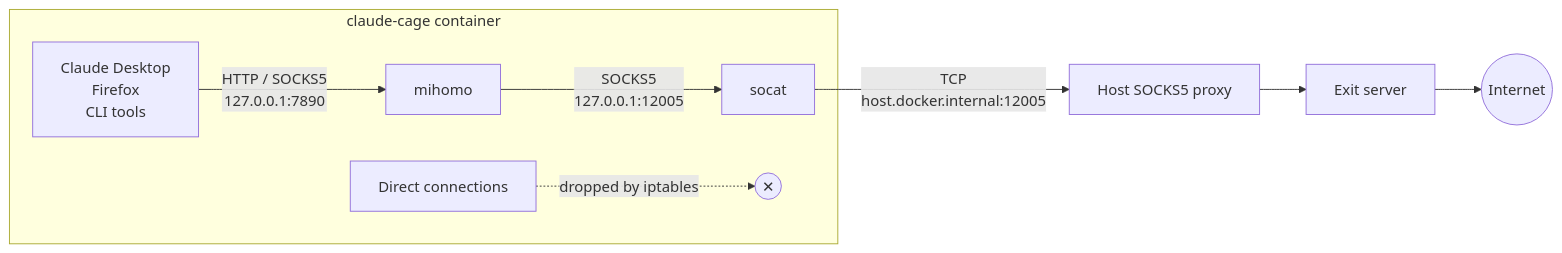
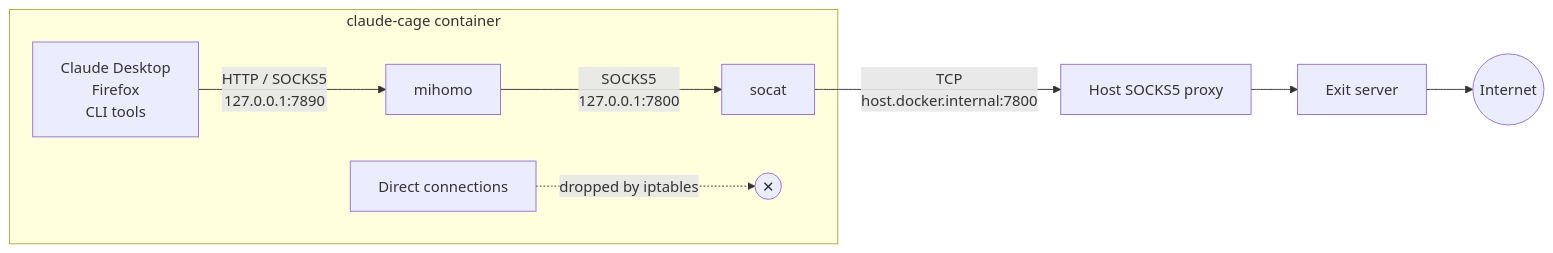
Before and after one commit to ferrobit/claude-cage: the diagram in README.md, drawn with Mermaid. The commit also changed other lines of this file and 6 other files, not shown here.

First line of the commit message:
Make host SOCKS5 port configurable in one place

````diff
--- a/README.md
+++ b/README.md
@@ -153,11 +155,11 @@
 ```mermaid
 flowchart LR
     subgraph cage["claude-cage container"]
         apps["Claude Desktop<br/>Firefox<br/>CLI tools"] -->|"HTTP / SOCKS5<br/>127.0.0.1:7890"| mihomo["mihomo"]
-        mihomo -->|"SOCKS5<br/>127.0.0.1:12005"| socat["socat"]
+        mihomo -->|"SOCKS5<br/>127.0.0.1:7800"| socat["socat"]
         other["Direct connections"] -.->|"dropped by iptables"| drop(("✕"))
     end
-    socat -->|"TCP<br/>host.docker.internal:12005"| host["Host SOCKS5 proxy"]
+    socat -->|"TCP<br/>host.docker.internal:7800"| host["Host SOCKS5 proxy"]
     host --> vps["Exit server"]
     vps --> net(("Internet"))
 ```
````
